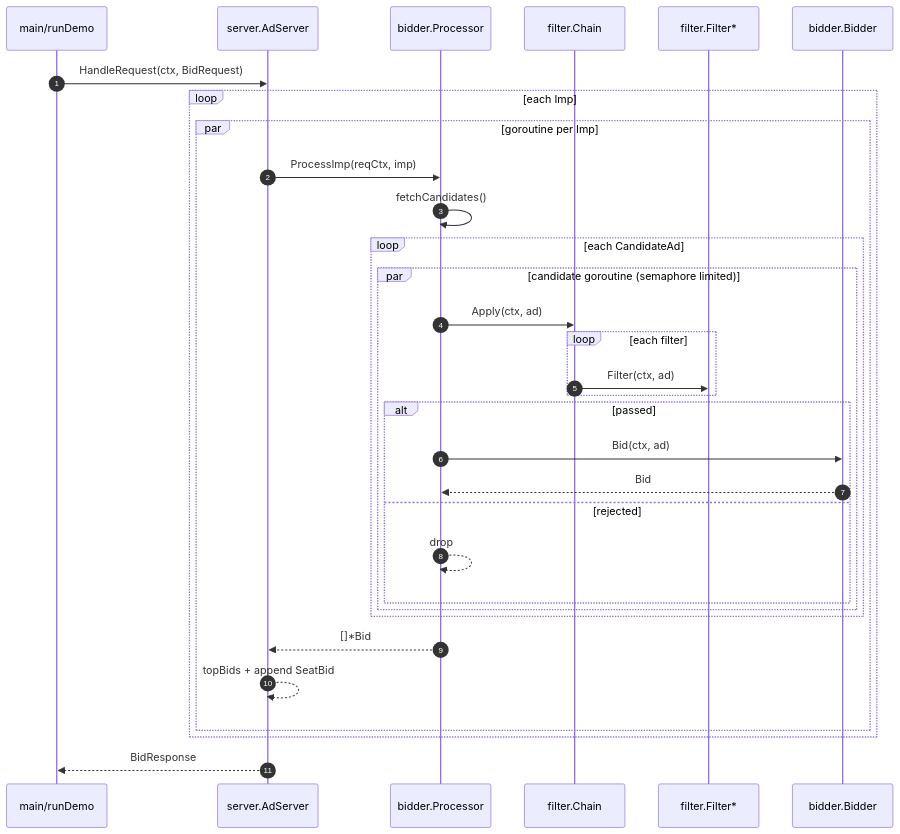
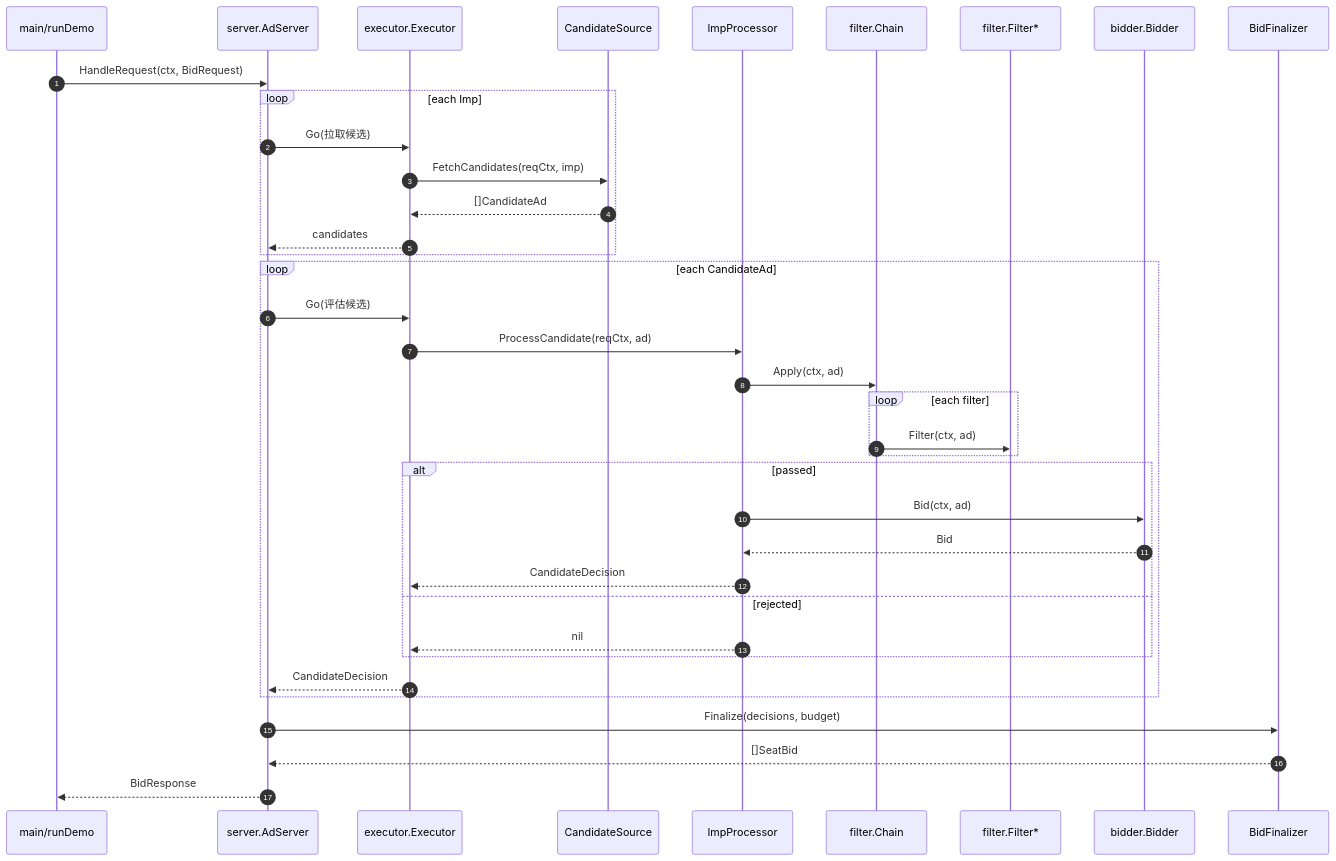
One commit to songfei1983/adreq changed the first of 2 diagrams in docs/sequence.zh.md. Above: the diagram before and after it, drawn with Mermaid. The commit also changed other lines of this file and 27 other files, not shown here.

````diff
--- a/docs/sequence.zh.md
+++ b/docs/sequence.zh.md
@@ -10,35 +10,40 @@
 ```mermaid
 sequenceDiagram
   autonumber
   participant Caller as main/runDemo
   participant S as server.AdServer
-  participant P as bidder.Processor
+  participant E as executor.Executor
+  participant CS as CandidateSource
+  participant P as ImpProcessor
   participant FC as filter.Chain
   participant F as filter.Filter*
   participant B as bidder.Bidder
+  participant Fin as BidFinalizer
 
   Caller->>S: HandleRequest(ctx, BidRequest)
   loop each Imp
-    par goroutine per Imp
-      S->>P: ProcessImp(reqCtx, imp)
-      P->>P: fetchCandidates()
-      loop each CandidateAd
-        par candidate goroutine (semaphore limited)
-          P->>FC: Apply(ctx, ad)
-          loop each filter
-            FC->>F: Filter(ctx, ad)
-          end
-          alt passed
-            P->>B: Bid(ctx, ad)
-            B-->>P: Bid
-          else rejected
-            P-->>P: drop
-          end
-        end
-      end
-      P-->>S: []*Bid
-      S-->>S: topBids + append SeatBid
+    S->>E: Go(拉取候选)
+    E->>CS: FetchCandidates(reqCtx, imp)
+    CS-->>E: []CandidateAd
+    E-->>S: candidates
+  end
+  loop each CandidateAd
+    S->>E: Go(评估候选)
+    E->>P: ProcessCandidate(reqCtx, ad)
+    P->>FC: Apply(ctx, ad)
+    loop each filter
+      FC->>F: Filter(ctx, ad)
     end
+    alt passed
+      P->>B: Bid(ctx, ad)
+      B-->>P: Bid
+      P-->>E: CandidateDecision
+    else rejected
+      P-->>E: nil
+    end
+    E-->>S: CandidateDecision
   end
+  S->>Fin: Finalize(decisions, budget)
+  Fin-->>S: []SeatBid
   S-->>Caller: BidResponse
 ```
````
